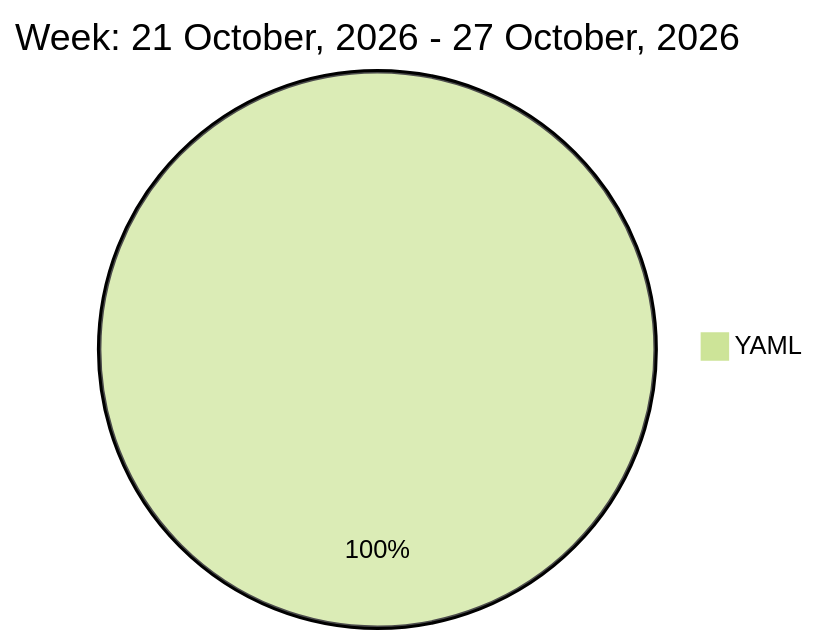
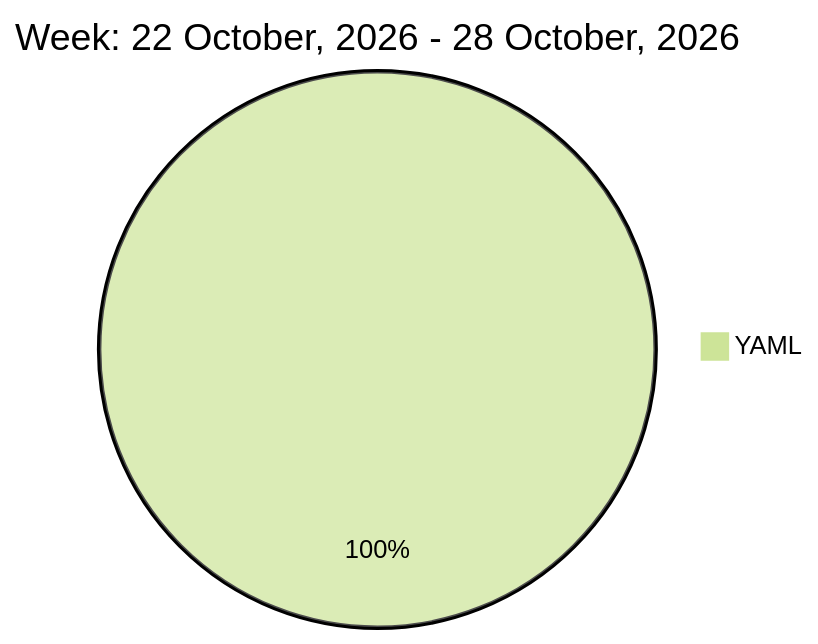
Before and after one commit to liubin95/liubin95: the diagram in README.md, drawn with Mermaid (forest theme).

Commit message:
Updated the Graph with new Metrics

````diff
--- a/README.md
+++ b/README.md
@@ -32,5 +32,5 @@
 ```mermaid
  pie
-title Week: 21 October, 2026 - 27 October, 2026
- "YAML" : 3.95
+title Week: 22 October, 2026 - 28 October, 2026
+ "YAML" : 3.8
 ```
````
